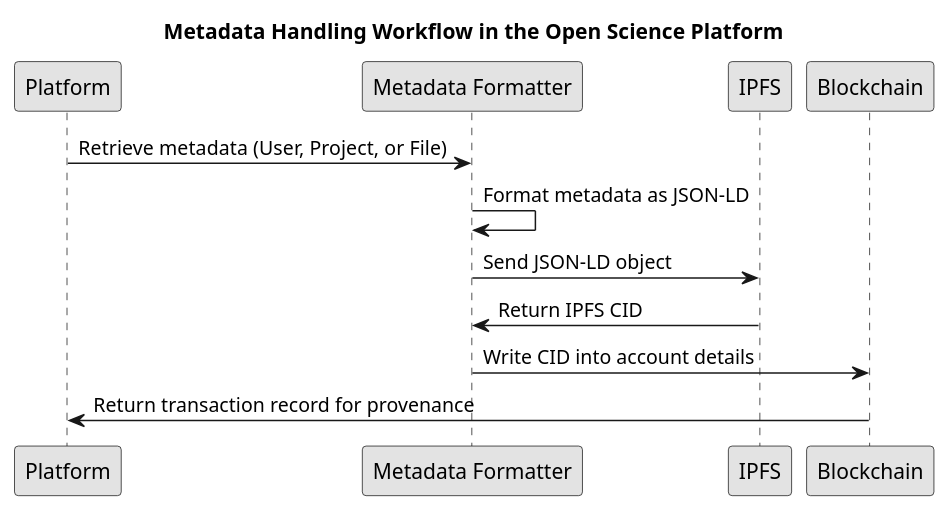
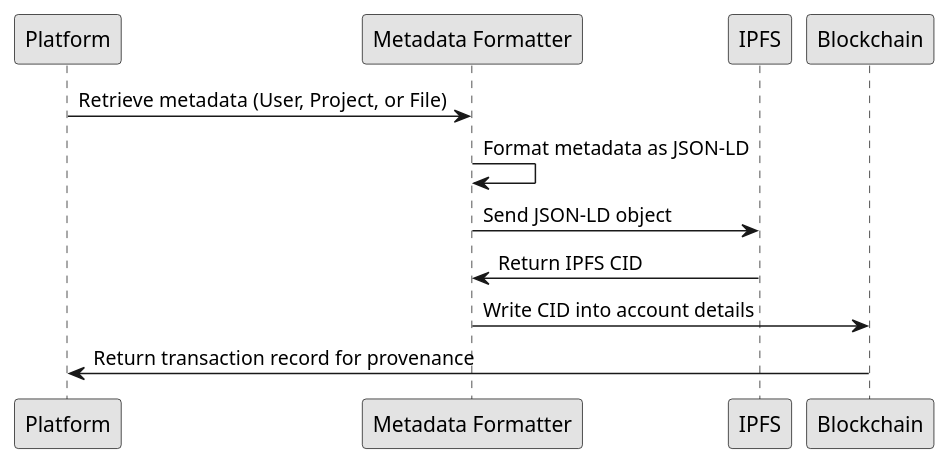
The diagram in diagrams/plantUML/metadata_workflow_sequence.wsd (OliveiraEdu/d-OSP), drawn with PlantUML before and after one commit. The commit also changed 110 other files, not shown here.

```diff
--- a/diagrams/plantUML/metadata_workflow_sequence.wsd
+++ b/diagrams/plantUML/metadata_workflow_sequence.wsd
@@ -1,18 +1,18 @@
 @startuml
 
-title Metadata Handling Workflow in the Open Science Platform
+' title Metadata Handling Workflow in the Open Science Platform
 skinparam monochrome true
 
 participant "Platform" as P
 participant "Metadata Formatter" as MF
 participant "IPFS" as IPFS
 participant "Blockchain" as BC
 
 P -> MF: Retrieve metadata (User, Project, or File)
 MF -> MF: Format metadata as JSON-LD
 MF -> IPFS: Send JSON-LD object
 IPFS -> MF: Return IPFS CID
 MF -> BC: Write CID into account details
 BC -> P: Return transaction record for provenance
 
 @enduml
```
